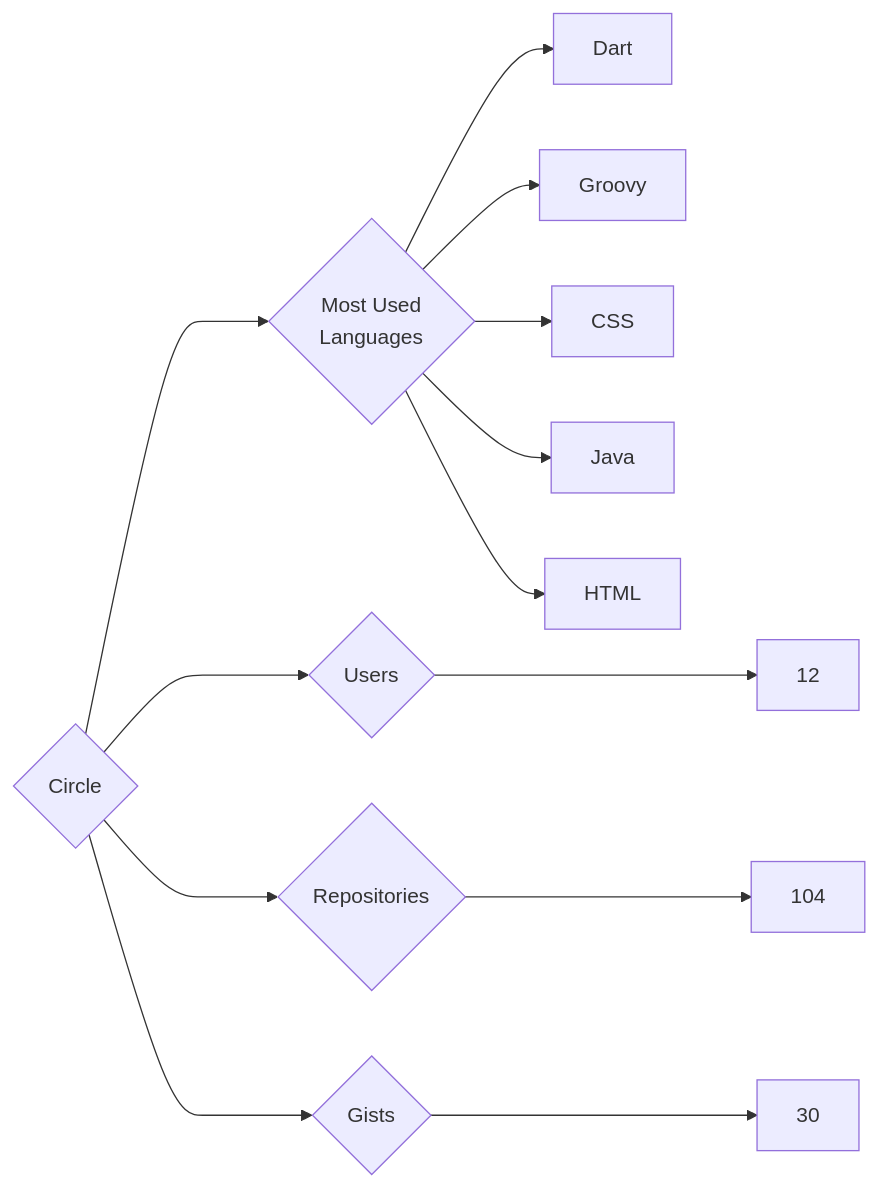
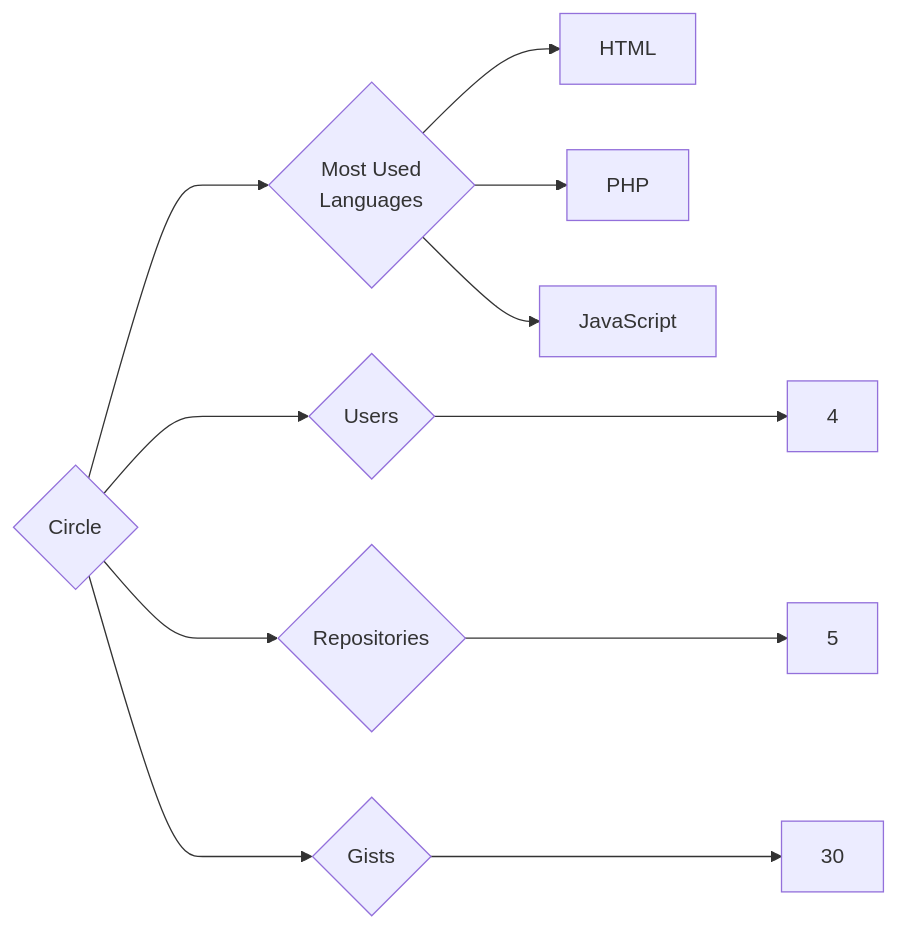
The diagram in targets/Circle/README.md (trickest/insiders), drawn with Mermaid before and after one commit. The commit also changed 873 other files, not shown here.

````diff
--- a/targets/Circle/README.md
+++ b/targets/Circle/README.md
@@ -3,13 +3,11 @@
 ```mermaid
 graph LR
 COMPANY_NAME{Circle}
-COMPANY_NAME ---> U{Users} ---> UN[12]
-COMPANY_NAME ---> R{Repositories} ---> RN[104]
+COMPANY_NAME ---> U{Users} ---> UN[4]
+COMPANY_NAME ---> R{Repositories} ---> RN[5]
 COMPANY_NAME ---> G{Gists} ---> GN[30]
 COMPANY_NAME ---> ML{Most Used<br>Languages}
-ML --> Dart[Dart]
-ML --> Groovy[Groovy]
-ML --> CSS[CSS]
-ML --> Java[Java]
 ML --> HTML[HTML]
+ML --> PHP[PHP]
+ML --> JavaScript[JavaScript]
 ```
````
